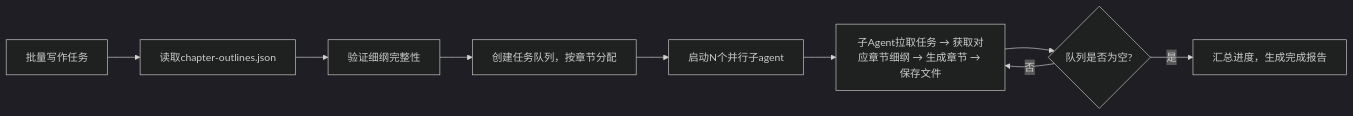
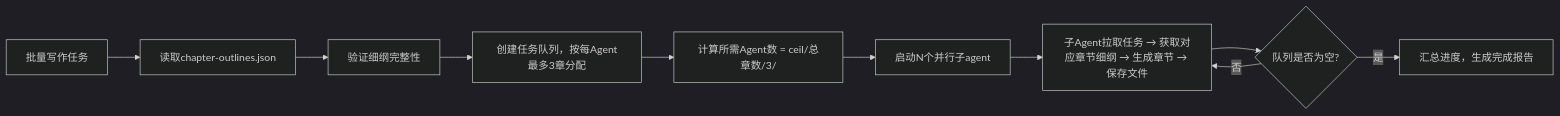
Before and after one commit to xindoo/sumeru: the first of 2 diagrams in skills/sumeru-write/SKILL.md, drawn with Mermaid (dark theme). The commit also changed other lines of this file and 7 other files, not shown here.

````diff
--- a/skills/sumeru-write/SKILL.md
+++ b/skills/sumeru-write/SKILL.md
@@ -92,11 +99,12 @@
 ```mermaid
 flowchart LR
     A[批量写作任务] --> B[读取chapter-outlines.json]
     B --> C[验证细纲完整性]
-    C --> D[创建任务队列，按章节分配]
-    D --> E[启动N个并行子agent]
-    E --> F[子Agent拉取任务 → 获取对应章节细纲 → 生成章节 → 保存文件]
-    F --> G{队列是否为空?}
-    G -->|否| F
-    G -->|是| H[汇总进度，生成完成报告]
+    C --> D[创建任务队列，按每Agent最多3章分配]
+    D --> E[计算所需Agent数 = ceil/总章数/3/]
+    E --> F[启动N个并行子agent]
+    F --> G[子Agent拉取任务 → 获取对应章节细纲 → 生成章节 → 保存文件]
+    G --> H{队列是否为空?}
+    H -->|否| G
+    H -->|是| I[汇总进度，生成完成报告]
 ```
````
